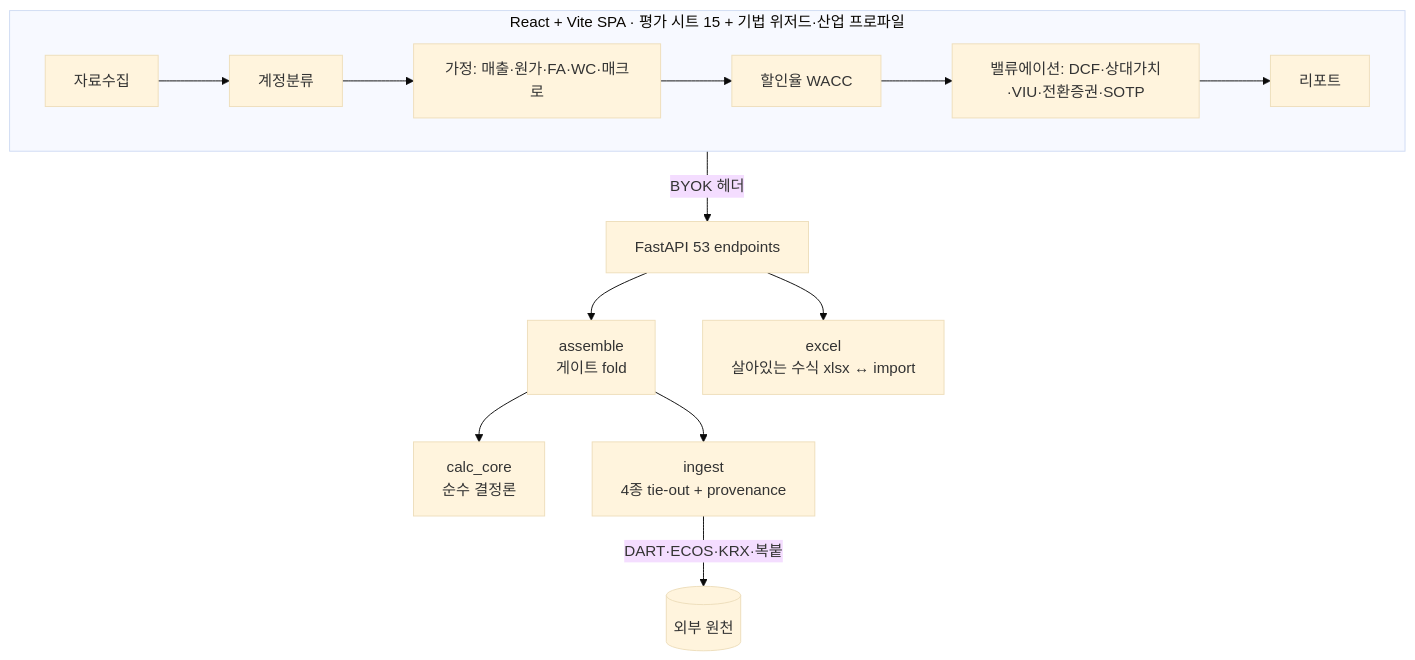
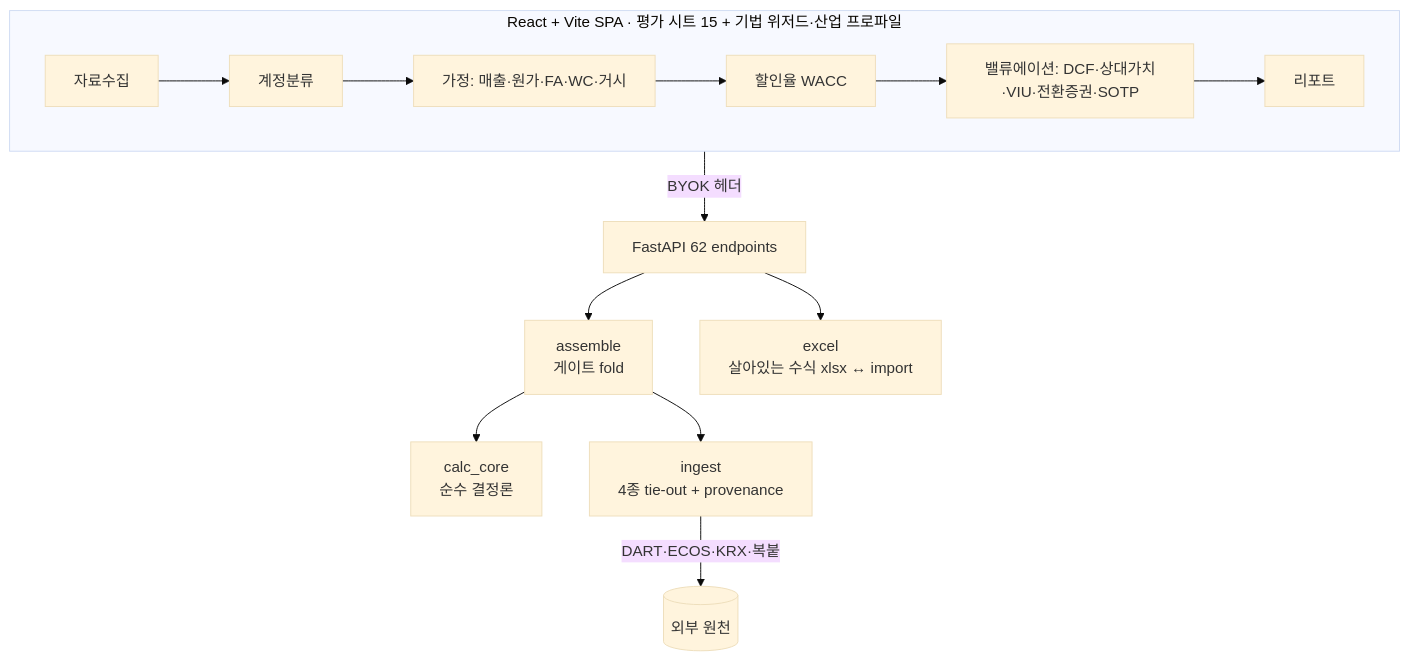
One commit to gfdsstyu/val-studio changed the third of 6 diagrams in README.md. Above: the diagram before and after it, drawn with Mermaid (base theme). The commit also changed other lines of this file and 116 other files, not shown here.

````diff
--- a/README.md
+++ b/README.md
@@ -126,13 +221,13 @@
 ```mermaid
 flowchart TB
   subgraph FE[React + Vite SPA · 평가 시트 15 + 기법 위저드·산업 프로파일]
-    M[자료수집] --> MAP[계정분류] --> A[가정: 매출·원가·FA·WC·매크로]
+    M[자료수집] --> MAP[계정분류] --> A[가정: 매출·원가·FA·WC·거시]
     A --> D[할인율 WACC] --> V[밸류에이션: DCF·상대가치·VIU·전환증권·SOTP] --> R[리포트]
   end
-  FE -->|BYOK 헤더| API[FastAPI 53 endpoints]
+  FE -->|BYOK 헤더| API[FastAPI 62 endpoints]
   API --> ASM[assemble<br/>게이트 fold]
   ASM --> CC[calc_core<br/>순수 결정론]
   ASM --> ING[ingest<br/>4종 tie-out + provenance]
   ING -->|DART·ECOS·KRX·복붙| EXT[(외부 원천)]
   API --> XL[excel<br/>살아있는 수식 xlsx ↔ import]
 ```
````
